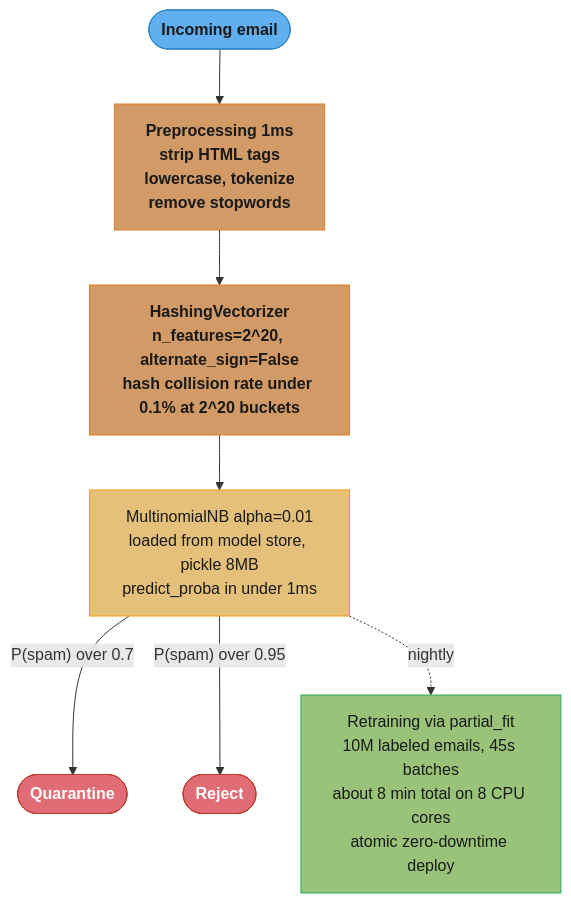
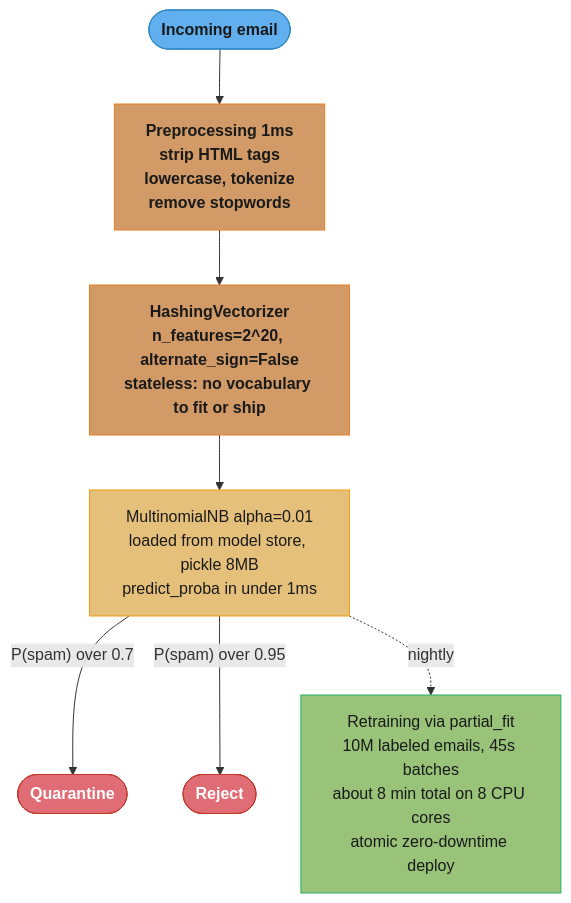
One commit to rppol/system-design changed the sixth of 6 diagrams in src/main/java/com/rutik/systemdesign/ml/supervised_learning/bayesian_methods.md. Above: the diagram before and after it, drawn with Mermaid. The commit also changed other lines of this file and 4 other files, not shown here.

````diff
--- a/src/main/java/com/rutik/systemdesign/ml/supervised_learning/bayesian_methods.md
+++ b/src/main/java/com/rutik/systemdesign/ml/supervised_learning/bayesian_methods.md
@@ -960,24 +960,24 @@
 ```mermaid
 %%{init: {'flowchart': {'curve': 'basis', 'nodeSpacing': 45, 'rankSpacing': 55}}}%%
 flowchart TD
     classDef io      fill:#61afef,stroke:#2e86c1,color:#1a1a1a,font-weight:bold
     classDef frozen  fill:#c678dd,stroke:#9b59b6,color:#fff
     classDef train   fill:#98c379,stroke:#27ae60,color:#1a1a1a
     classDef mathOp  fill:#d19a66,stroke:#e67e22,color:#1a1a1a,font-weight:bold
     classDef lossN   fill:#e06c75,stroke:#c0392b,color:#fff,font-weight:bold
     classDef req     fill:#56b6c2,stroke:#0097a7,color:#1a1a1a
     classDef base    fill:#e5c07b,stroke:#f39c12,color:#1a1a1a
 
     email(["Incoming email"]) --> prep["Preprocessing 1ms<br/>strip HTML tags<br/>lowercase, tokenize<br/>remove stopwords"]
-    prep --> hv["HashingVectorizer<br/>n_features=2^20, alternate_sign=False<br/>hash collision rate under 0.1% at 2^20 buckets"]
+    prep --> hv["HashingVectorizer<br/>n_features=2^20, alternate_sign=False<br/>stateless: no vocabulary to fit or ship"]
     hv --> mnb["MultinomialNB alpha=0.01<br/>loaded from model store, pickle 8MB<br/>predict_proba in under 1ms"]
     mnb -->|"P(spam) over 0.7"| quarantine(["Quarantine"])
     mnb -->|"P(spam) over 0.95"| reject(["Reject"])
     mnb -.->|"nightly"| retrain["Retraining via partial_fit<br/>10M labeled emails, 45s batches<br/>about 8 min total on 8 CPU cores<br/>atomic zero-downtime deploy"]
 
     class email io
     class prep,hv mathOp
     class mnb base
     class quarantine,reject lossN
     class retrain train
 ```
````
